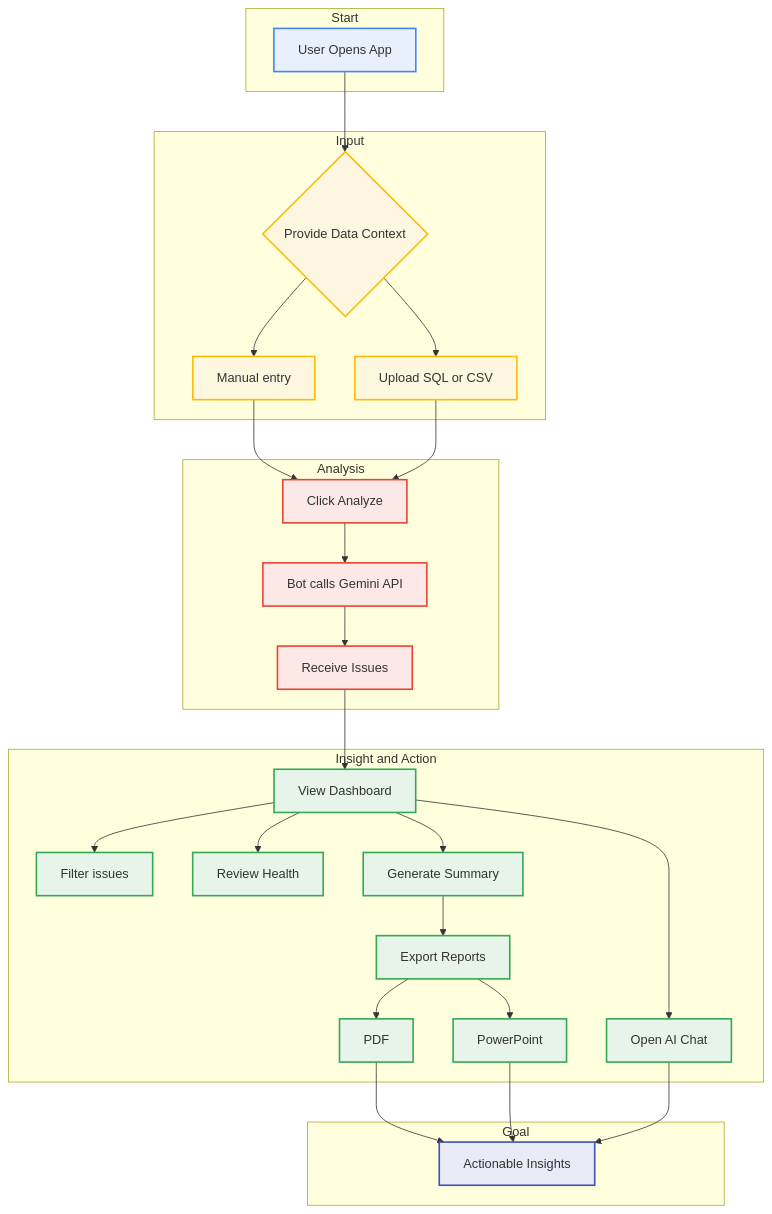
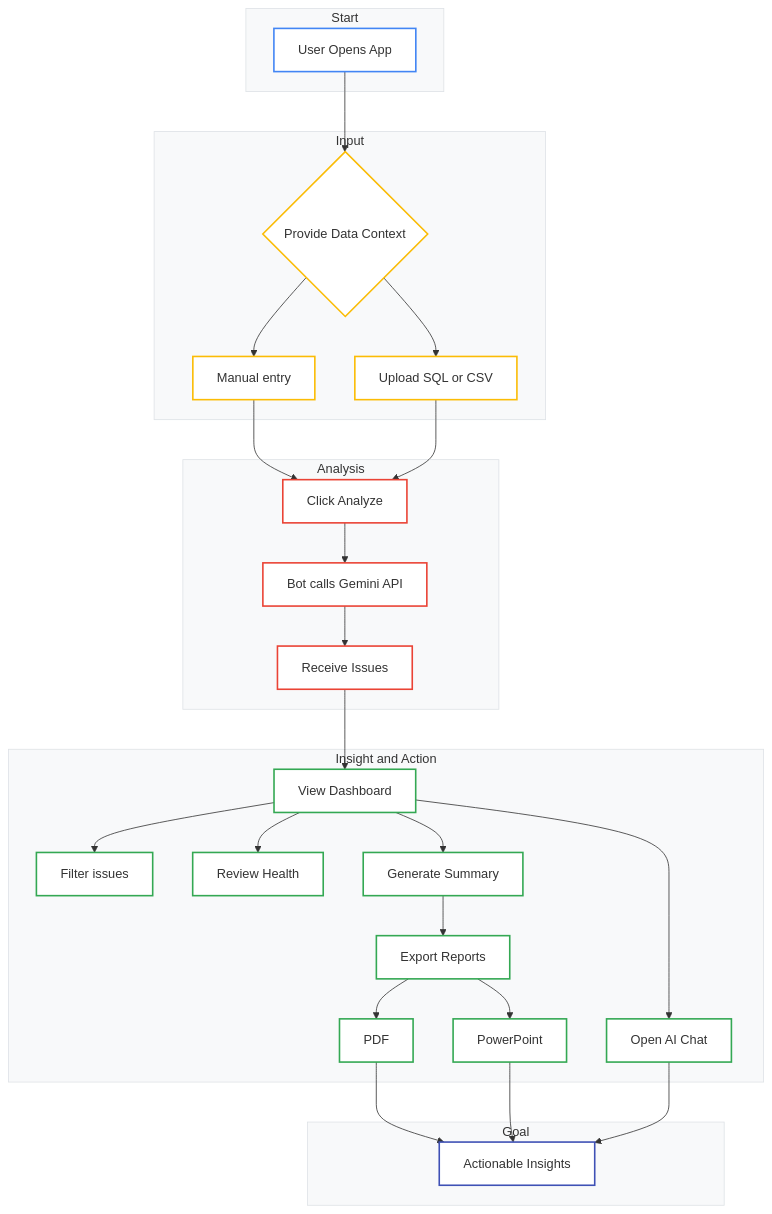
The second of 2 diagrams in README.md (chtsalvishal/DQ_Gen_AI_Bot), drawn with Mermaid before and after one commit. The commit also changed other lines of this file, not shown here.

First line of the commit message:
docs: Update README with improved diagrams and styling

````diff
--- a/README.md
+++ b/README.md
@@ -67,50 +75,56 @@
 ```mermaid
 graph TD
     subgraph sg1 [Start]
         A[User Opens App]:::startNode
     end
 
     subgraph sg2 [Input]
         B{Provide Data Context}:::inputNode
         B1[Manual entry]:::inputNode
         B2[Upload SQL or CSV]:::inputNode
     end
     
     subgraph sg3 [Analysis]
         C[Click Analyze]:::analysisNode
         D[Bot calls Gemini API]:::analysisNode
         E[Receive Issues]:::analysisNode
     end
 
     subgraph sg4 [Insight and Action]
         F[View Dashboard]:::insightNode
         F1[Filter issues]:::insightNode
         F2[Review Health]:::insightNode
         G[Open AI Chat]:::insightNode
         H[Generate Summary]:::insightNode
         I[Export Reports]:::insightNode
         I1[PDF]:::insightNode
         I2[PowerPoint]:::insightNode
     end
     
     subgraph sg5 [Goal]
        J[Actionable Insights]:::goalNode
     end
 
     A --> B
     B --> B1 & B2
     B1 --> C
     B2 --> C
     C --> D --> E --> F
     F --> F1 & F2 & G & H
     H --> I --> I1 & I2
     I1 --> J
     I2 --> J
     G --> J
 
-    classDef startNode fill:#E8F0FE,stroke:#4285F4,stroke-width:2px
-    classDef inputNode fill:#FEF7E0,stroke:#FBBC05,stroke-width:2px
-    classDef analysisNode fill:#FCE8E6,stroke:#EA4335,stroke-width:2px
-    classDef insightNode fill:#E6F4EA,stroke:#34A853,stroke-width:2px
-    classDef goalNode fill:#E8EAF6,stroke:#3F51B5,stroke-width:2px
+    classDef startNode fill:#FFFFFF,stroke:#4285F4,stroke-width:2px
+    classDef inputNode fill:#FFFFFF,stroke:#FBBC05,stroke-width:2px
+    classDef analysisNode fill:#FFFFFF,stroke:#EA4335,stroke-width:2px
+    classDef insightNode fill:#FFFFFF,stroke:#34A853,stroke-width:2px
+    classDef goalNode fill:#FFFFFF,stroke:#3F51B5,stroke-width:2px
+
+    style sg1 fill:#F8F9FA,stroke:#DEE2E6
+    style sg2 fill:#F8F9FA,stroke:#DEE2E6
+    style sg3 fill:#F8F9FA,stroke:#DEE2E6
+    style sg4 fill:#F8F9FA,stroke:#DEE2E6
+    style sg5 fill:#F8F9FA,stroke:#DEE2E6
 ```
````
